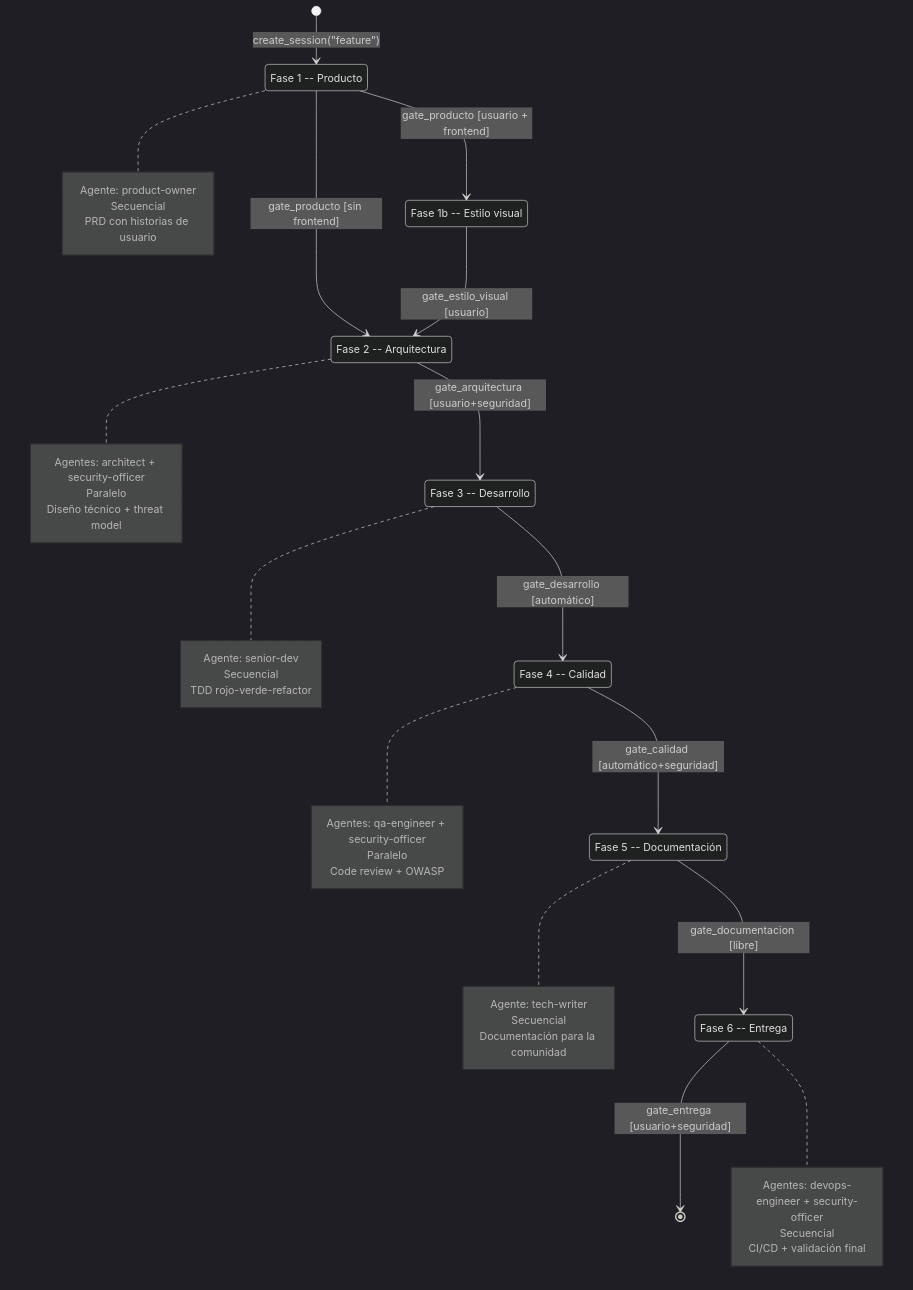
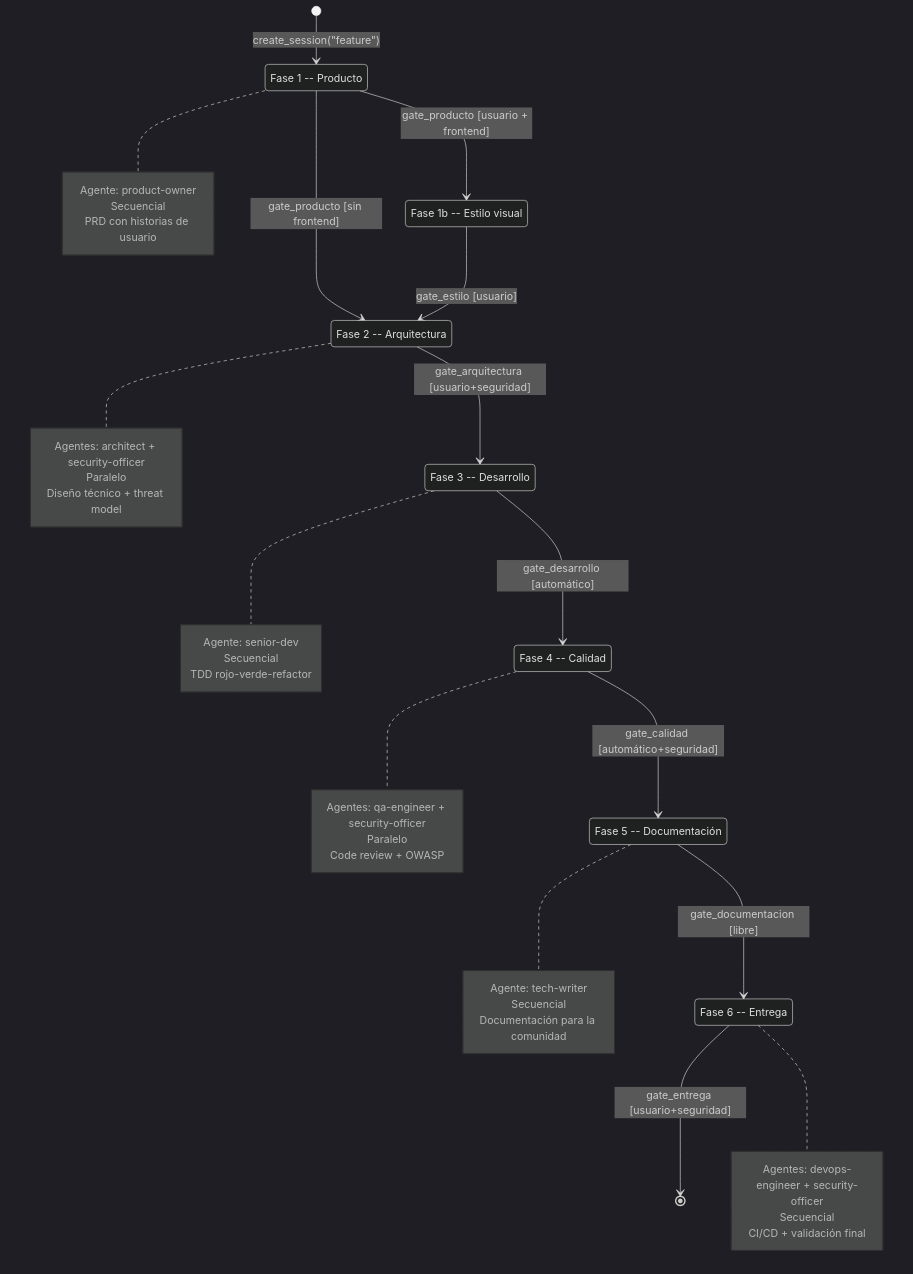
One commit to 686f6c61/alfred-dev changed the first of 7 diagrams in docs/flows.md. Above: the diagram before and after it, drawn with Mermaid (dark theme). The commit also changed other lines of this file and 16 other files, not shown here.

````diff
--- a/docs/flows.md
+++ b/docs/flows.md
@@ -192,59 +192,59 @@
 ```mermaid
 stateDiagram-v2
     direction TB
 
     [*] --> producto: create_session("feature")
 
     state "Fase 1 -- Producto" as producto
     state "Fase 1b -- Estilo visual" as estilo_visual
     state "Fase 2 -- Arquitectura" as arquitectura
     state "Fase 3 -- Desarrollo" as desarrollo
     state "Fase 4 -- Calidad" as calidad
     state "Fase 5 -- Documentación" as documentación
     state "Fase 6 -- Entrega" as entrega
 
     producto --> estilo_visual: gate_producto [usuario + frontend]
     producto --> arquitectura: gate_producto [sin frontend]
-    estilo_visual --> arquitectura: gate_estilo_visual [usuario]
+    estilo_visual --> arquitectura: gate_estilo [usuario]
     arquitectura --> desarrollo: gate_arquitectura [usuario+seguridad]
     desarrollo --> calidad: gate_desarrollo [automático]
     calidad --> documentación: gate_calidad [automático+seguridad]
     documentación --> entrega: gate_documentacion [libre]
     entrega --> [*]: gate_entrega [usuario+seguridad]
 
     note right of producto
         Agente: product-owner
         Secuencial
         PRD con historias de usuario
     end note
 
     note right of arquitectura
         Agentes: architect + security-officer
         Paralelo
         Diseño técnico + threat model
     end note
 
     note right of desarrollo
         Agente: senior-dev
         Secuencial
         TDD rojo-verde-refactor
     end note
 
     note right of calidad
         Agentes: qa-engineer + security-officer
         Paralelo
         Code review + OWASP
     end note
 
     note right of documentación
         Agente: tech-writer
         Secuencial
         Documentación para la comunidad
     end note
 
     note right of entrega
         Agentes: devops-engineer + security-officer
         Secuencial
         CI/CD + validación final
     end note
 ```
````
